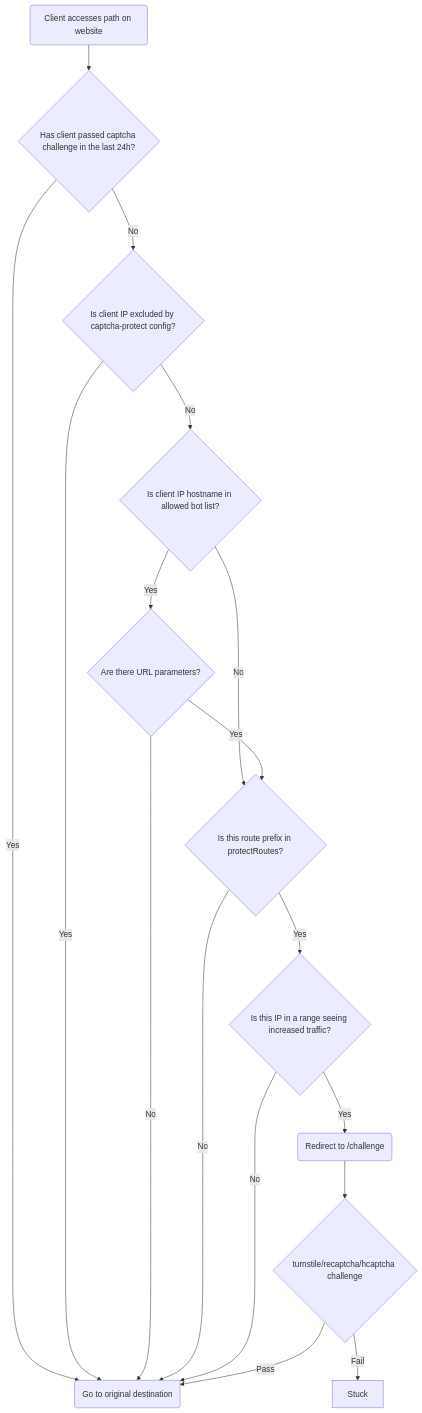
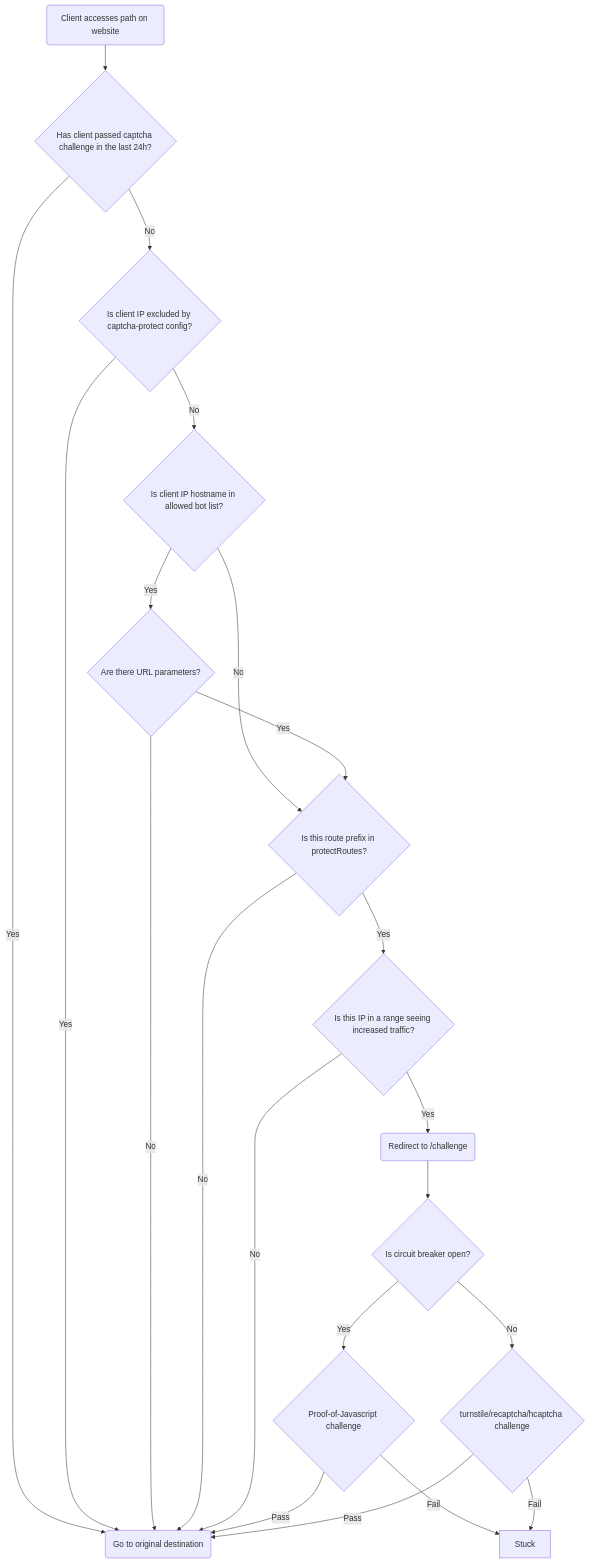
The diagram in conf/traefik/plugins/captcha-protect/README.md (lehigh-university-libraries/isle-preserve), drawn with Mermaid before and after one commit. The commit also changed other lines of this file and 6 other files, not shown here.

````diff
--- a/conf/traefik/plugins/captcha-protect/README.md
+++ b/conf/traefik/plugins/captcha-protect/README.md
@@ -12,19 +12,23 @@
 ```mermaid
 flowchart TD
     Client(Client accesses path on website) --> IP{Has client passed captcha challenge in the last 24h?}
     IP -- Yes --> Continue(Go to original destination)
     IP -- No --> IP_BYPASS{Is client IP excluded by captcha-protect config?}
     IP_BYPASS -- Yes --> Continue(Go to original destination)
     IP_BYPASS -- No --> GOOD_BOT{Is client IP hostname in allowed bot list?}
     GOOD_BOT -- No --> PROTECTED_ROUTE{Is this route protected?}
     GOOD_BOT -- Yes --> CANONICAL_URL_BOT{Are there URL parameters?}
     CANONICAL_URL_BOT -- Yes --> PROTECTED_ROUTE{Is this route prefix in protectRoutes?}
     CANONICAL_URL_BOT -- No --> Continue(Go to original destination)
     PROTECTED_ROUTE -- Yes --> RATE_LIMIT{Is this IP in a range seeing increased traffic?}
     PROTECTED_ROUTE -- No --> Continue(Go to original destination)
     RATE_LIMIT -- Yes --> REDIRECT(Redirect to /challenge)
     RATE_LIMIT -- No --> Continue(Go to original destination)
-    REDIRECT --> CHALLENGE{turnstile/recaptcha/hcaptcha challenge}
-    CHALLENGE -- Pass --> Continue(Go to original destination)
-    CHALLENGE -- Fail --> Stuck
+    REDIRECT --> CIRCUIT{Is circuit breaker open?}
+    CIRCUIT -- Yes --> POJ_CHALLENGE{Proof-of-Javascript challenge}
+    CIRCUIT -- No --> CAPTCHA_CHALLENGE{turnstile/recaptcha/hcaptcha challenge}
+    POJ_CHALLENGE -- Pass --> Continue(Go to original destination)
+    POJ_CHALLENGE -- Fail --> Stuck
+    CAPTCHA_CHALLENGE -- Pass --> Continue(Go to original destination)
+    CAPTCHA_CHALLENGE -- Fail --> Stuck
 ```
````
